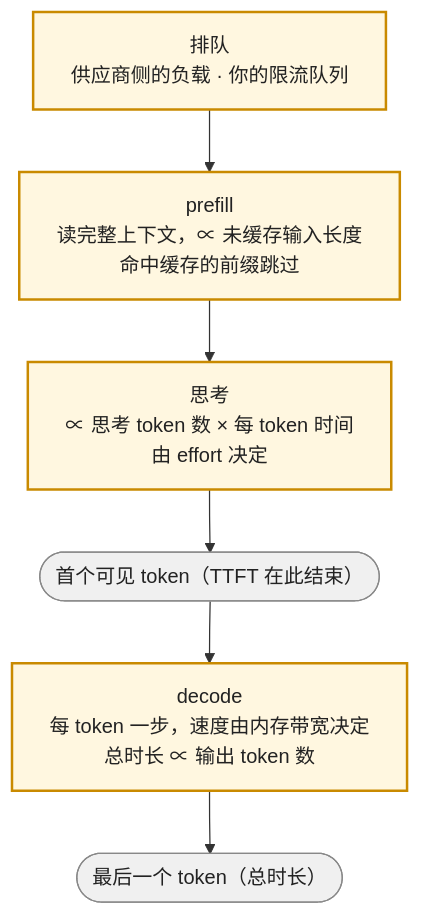
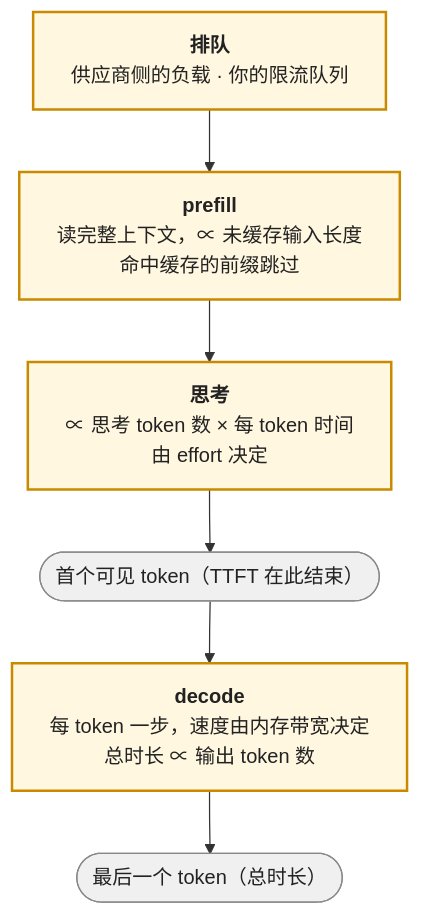
The fifth of 6 diagrams in _posts/2026-10-02-token-cost-and-latency-ledger-for-llm-applications.md (arganzheng/arganzheng.github.com), drawn with Mermaid before and after one commit. The commit also changed other lines of this file and 6 other files, not shown here.

First line of the commit message:
模型作为组件：契约、失效模式与选型：Mermaid 多行方框的首行标为标题（7 篇）

````diff
--- a/_posts/2026-10-02-token-cost-and-latency-ledger-for-llm-applications.md
+++ b/_posts/2026-10-02-token-cost-and-latency-ledger-for-llm-applications.md
@@ -234,15 +234,15 @@
 ```mermaid
 %%{init: {"flowchart": {"wrappingWidth": 420}}}%%
 %% 图：一次调用的时间线：排队 → prefill → 思考 → 首个可见 token（TTFT 结束）→ decode → 最后一个 token
 flowchart TB
-    Q["排队<br/>供应商侧的负载 · 你的限流队列"] --> P["prefill<br/>读完整上下文，∝ 未缓存输入长度<br/>命中缓存的前缀跳过"]
-    P --> T["思考<br/>∝ 思考 token 数 × 每 token 时间<br/>由 effort 决定"]
+    Q["<b>排队</b><br/>供应商侧的负载 · 你的限流队列"] --> P["<b>prefill</b><br/>读完整上下文，∝ 未缓存输入长度<br/>命中缓存的前缀跳过"]
+    P --> T["<b>思考</b><br/>∝ 思考 token 数 × 每 token 时间<br/>由 effort 决定"]
     T --> F(["首个可见 token（TTFT 在此结束）"])
-    F --> D["decode<br/>每 token 一步，速度由内存带宽决定<br/>总时长 ∝ 输出 token 数"]
+    F --> D["<b>decode</b><br/>每 token 一步，速度由内存带宽决定<br/>总时长 ∝ 输出 token 数"]
     D --> E(["最后一个 token（总时长）"])
 
     classDef seg fill:#fff7e0,stroke:#c98a00,stroke-width:2px,color:#222
     classDef mark fill:#f0f0f0,stroke:#888,color:#222
     class Q,P,T,D seg
     class F,E mark
 ```
````
